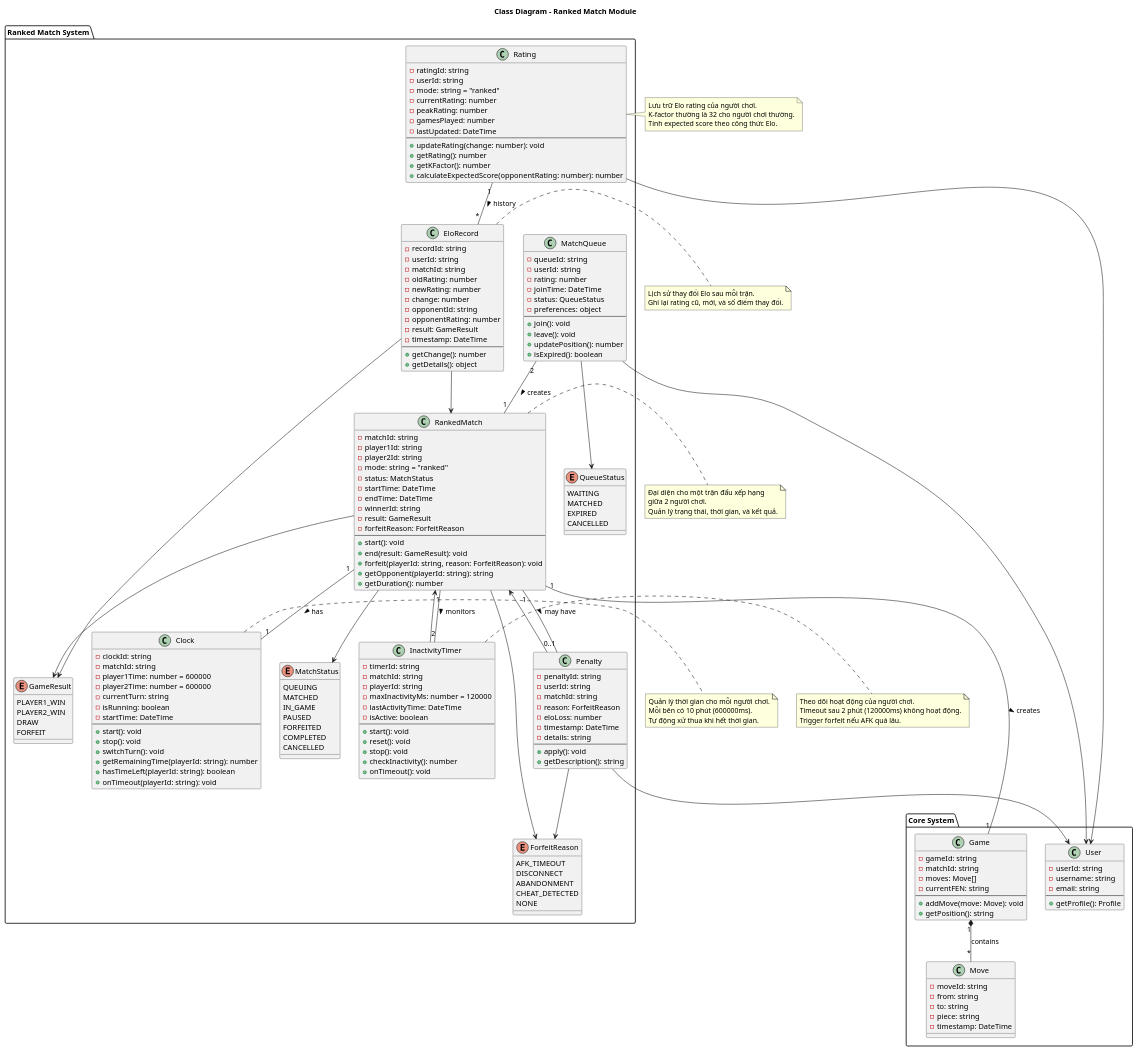
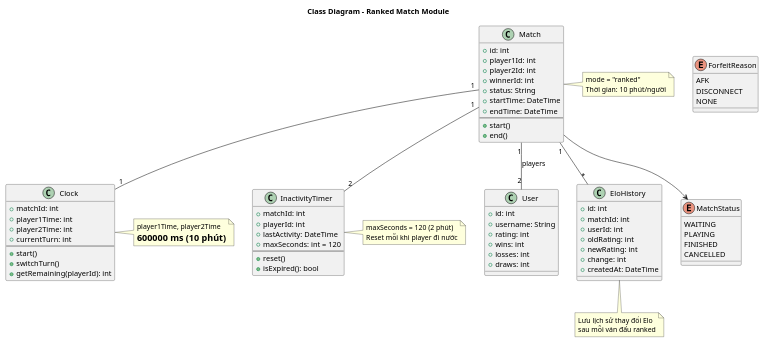
One commit to Sagitoaz/ChessWeb changed the diagram in diagram/class/ranked_class.puml. Above: the diagram before and after it, drawn with PlantUML. The commit also changed 6 other files, not shown here.

Commit message:
Refactor activity, sequence, and state diagrams for ranked match system; update titles and streamline processes

```diff
--- a/diagram/class/ranked_class.puml
+++ b/diagram/class/ranked_class.puml
@@ -2,232 +2,104 @@
 
 title Class Diagram - Ranked Match Module
 
-package "Ranked Match System" {
-    
-    class RankedMatch {
-        - matchId: string
-        - player1Id: string
-        - player2Id: string
-        - mode: string = "ranked"
-        - status: MatchStatus
-        - startTime: DateTime
-        - endTime: DateTime
-        - winnerId: string
-        - result: GameResult
-        - forfeitReason: ForfeitReason
-        --
-        + start(): void
-        + end(result: GameResult): void
-        + forfeit(playerId: string, reason: ForfeitReason): void
-        + getOpponent(playerId: string): string
-        + getDuration(): number
-    }
-    
-    enum MatchStatus {
-        QUEUING
-        MATCHED
-        IN_GAME
-        PAUSED
-        FORFEITED
-        COMPLETED
-        CANCELLED
-    }
-    
-    enum GameResult {
-        PLAYER1_WIN
-        PLAYER2_WIN
-        DRAW
-        FORFEIT
-    }
-    
-    class Rating {
-        - ratingId: string
-        - userId: string
-        - mode: string = "ranked"
-        - currentRating: number
-        - peakRating: number
-        - gamesPlayed: number
-        - lastUpdated: DateTime
-        --
-        + updateRating(change: number): void
-        + getRating(): number
-        + getKFactor(): number
-        + calculateExpectedScore(opponentRating: number): number
-    }
-    
-    class EloRecord {
-        - recordId: string
-        - userId: string
-        - matchId: string
-        - oldRating: number
-        - newRating: number
-        - change: number
-        - opponentId: string
-        - opponentRating: number
-        - result: GameResult
-        - timestamp: DateTime
-        --
-        + getChange(): number
-        + getDetails(): object
-    }
-    
-    class Penalty {
-        - penaltyId: string
-        - userId: string
-        - matchId: string
-        - reason: ForfeitReason
-        - eloLoss: number
-        - timestamp: DateTime
-        - details: string
-        --
-        + apply(): void
-        + getDescription(): string
-    }
-    
-    enum ForfeitReason {
-        AFK_TIMEOUT
-        DISCONNECT
-        ABANDONMENT
-        CHEAT_DETECTED
-        NONE
-    }
-    
-    class Clock {
-        - clockId: string
-        - matchId: string
-        - player1Time: number = 600000
-        - player2Time: number = 600000
-        - currentTurn: string
-        - isRunning: boolean
-        - startTime: DateTime
-        --
-        + start(): void
-        + stop(): void
-        + switchTurn(): void
-        + getRemainingTime(playerId: string): number
-        + hasTimeLeft(playerId: string): boolean
-        + onTimeout(playerId: string): void
-    }
-    
-    class InactivityTimer {
-        - timerId: string
-        - matchId: string
-        - playerId: string
-        - maxInactivityMs: number = 120000
-        - lastActivityTime: DateTime
-        - isActive: boolean
-        --
-        + start(): void
-        + reset(): void
-        + stop(): void
-        + checkInactivity(): number
-        + onTimeout(): void
-    }
-    
-    class MatchQueue {
-        - queueId: string
-        - userId: string
-        - rating: number
-        - joinTime: DateTime
-        - status: QueueStatus
-        - preferences: object
-        --
-        + join(): void
-        + leave(): void
-        + updatePosition(): number
-        + isExpired(): boolean
-    }
-    
-    enum QueueStatus {
-        WAITING
-        MATCHED
-        EXPIRED
-        CANCELLED
-    }
+' ===== MAIN CLASSES =====
+
+class Match {
+    + id: int
+    + player1Id: int
+    + player2Id: int
+    + winnerId: int
+    + status: String
+    + startTime: DateTime
+    + endTime: DateTime
+    --
+    + start()
+    + end()
 }
 
-package "Core System" {
-    class User {
-        - userId: string
-        - username: string
-        - email: string
-        --
-        + getProfile(): Profile
-    }
-    
-    class Game {
-        - gameId: string
-        - matchId: string
-        - moves: Move[]
-        - currentFEN: string
-        --
-        + addMove(move: Move): void
-        + getPosition(): string
-    }
-    
-    class Move {
-        - moveId: string
-        - from: string
-        - to: string
-        - piece: string
-        - timestamp: DateTime
-    }
+class User {
+    + id: int
+    + username: String
+    + rating: int
+    + wins: int
+    + losses: int
+    + draws: int
 }
 
-' Relationships
-RankedMatch "1" -- "1" Clock : has >
-RankedMatch "1" -- "2" InactivityTimer : monitors >
-RankedMatch "1" -- "0..1" Penalty : may have >
-RankedMatch "1" -- "1" Game : creates >
-RankedMatch --> MatchStatus
-RankedMatch --> GameResult
-RankedMatch --> ForfeitReason
+class EloHistory {
+    + id: int
+    + matchId: int
+    + userId: int
+    + oldRating: int
+    + newRating: int
+    + change: int
+    + createdAt: DateTime
+}
 
-Rating "1" -- "*" EloRecord : history >
-Rating --> User
+class Clock {
+    + matchId: int
+    + player1Time: int
+    + player2Time: int
+    + currentTurn: int
+    --
+    + start()
+    + switchTurn()
+    + getRemaining(playerId): int
+}
 
-EloRecord --> RankedMatch
-EloRecord --> GameResult
+class InactivityTimer {
+    + matchId: int
+    + playerId: int
+    + lastActivity: DateTime
+    + maxSeconds: int = 120
+    --
+    + reset()
+    + isExpired(): bool
+}
 
-Penalty --> ForfeitReason
-Penalty --> User
-Penalty --> RankedMatch
+' ===== ENUMS =====
 
-InactivityTimer --> RankedMatch
+enum MatchStatus {
+    WAITING
+    PLAYING
+    FINISHED
+    CANCELLED
+}
 
-MatchQueue --> User
-MatchQueue --> QueueStatus
-MatchQueue "2" -- "1" RankedMatch : creates >
+enum ForfeitReason {
+    AFK
+    DISCONNECT
+    NONE
+}
 
-Game "1" *-- "*" Move : contains
+' ===== RELATIONSHIPS =====
 
-note right of RankedMatch
-  Đại diện cho một trận đấu xếp hạng
-  giữa 2 người chơi.
-  Quản lý trạng thái, thời gian, và kết quả.
+Match "1" -- "2" User : players
+Match "1" -- "1" Clock
+Match "1" -- "2" InactivityTimer
+Match "1" -- "*" EloHistory
+Match --> MatchStatus
+
+' ===== NOTES =====
+
+note right of Match
+  mode = "ranked"
+  Thời gian: 10 phút/người
 end note
 
 note right of Clock
-  Quản lý thời gian cho mỗi người chơi.
-  Mỗi bên có 10 phút (600000ms).
-  Tự động xử thua khi hết thời gian.
+  player1Time, player2Time
+  = 600000 ms (10 phút)
 end note
 
 note right of InactivityTimer
-  Theo dõi hoạt động của người chơi.
-  Timeout sau 2 phút (120000ms) không hoạt động.
-  Trigger forfeit nếu AFK quá lâu.
+  maxSeconds = 120 (2 phút)
+  Reset mỗi khi player đi nước
 end note
 
-note right of Rating
-  Lưu trữ Elo rating của người chơi.
-  K-factor thường là 32 cho người chơi thường.
-  Tính expected score theo công thức Elo.
-end note
-
-note right of EloRecord
-  Lịch sử thay đổi Elo sau mỗi trận.
-  Ghi lại rating cũ, mới, và số điểm thay đổi.
+note bottom of EloHistory
+  Lưu lịch sử thay đổi Elo
+  sau mỗi ván đấu ranked
 end note
 
 @enduml
```
